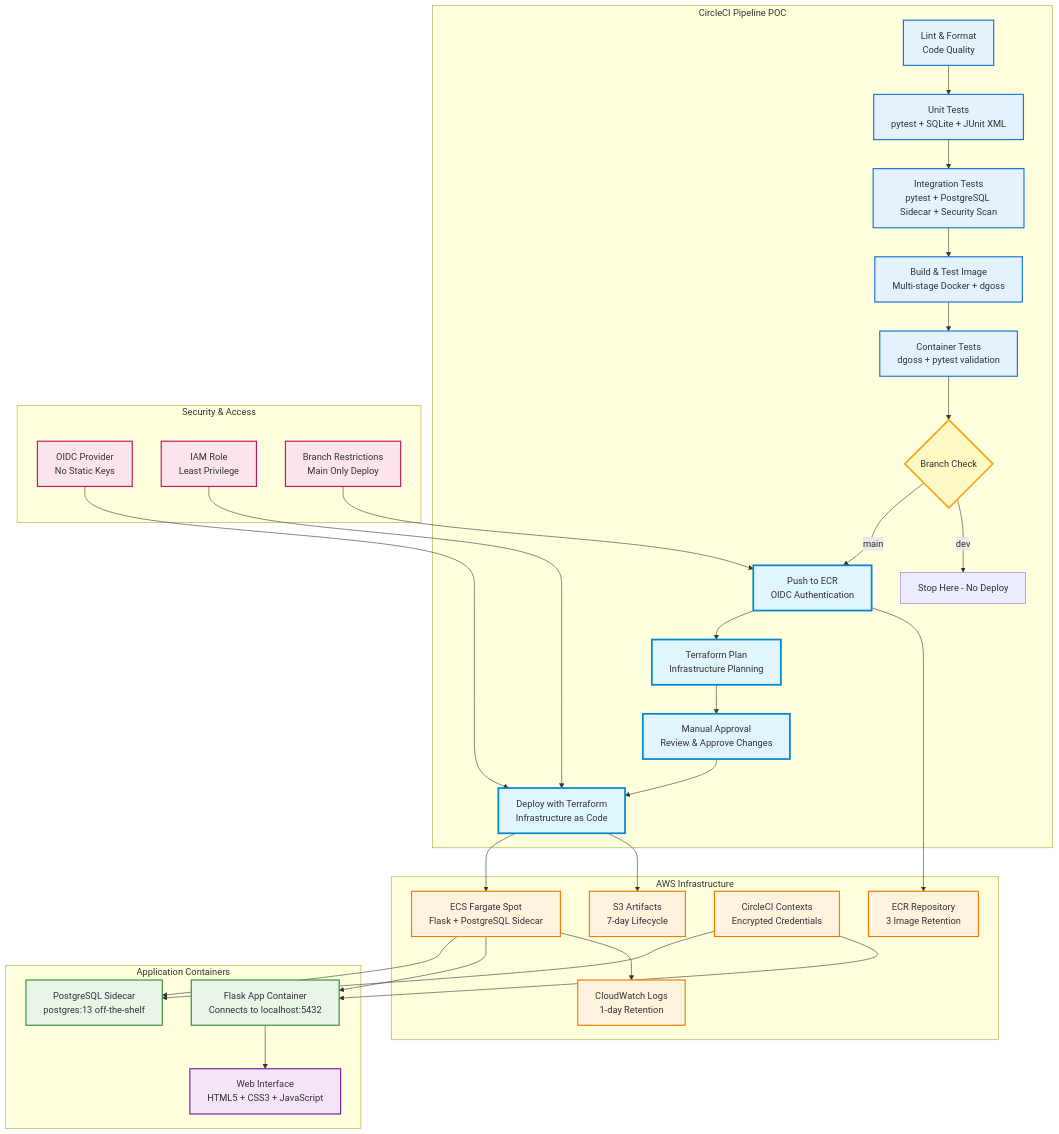
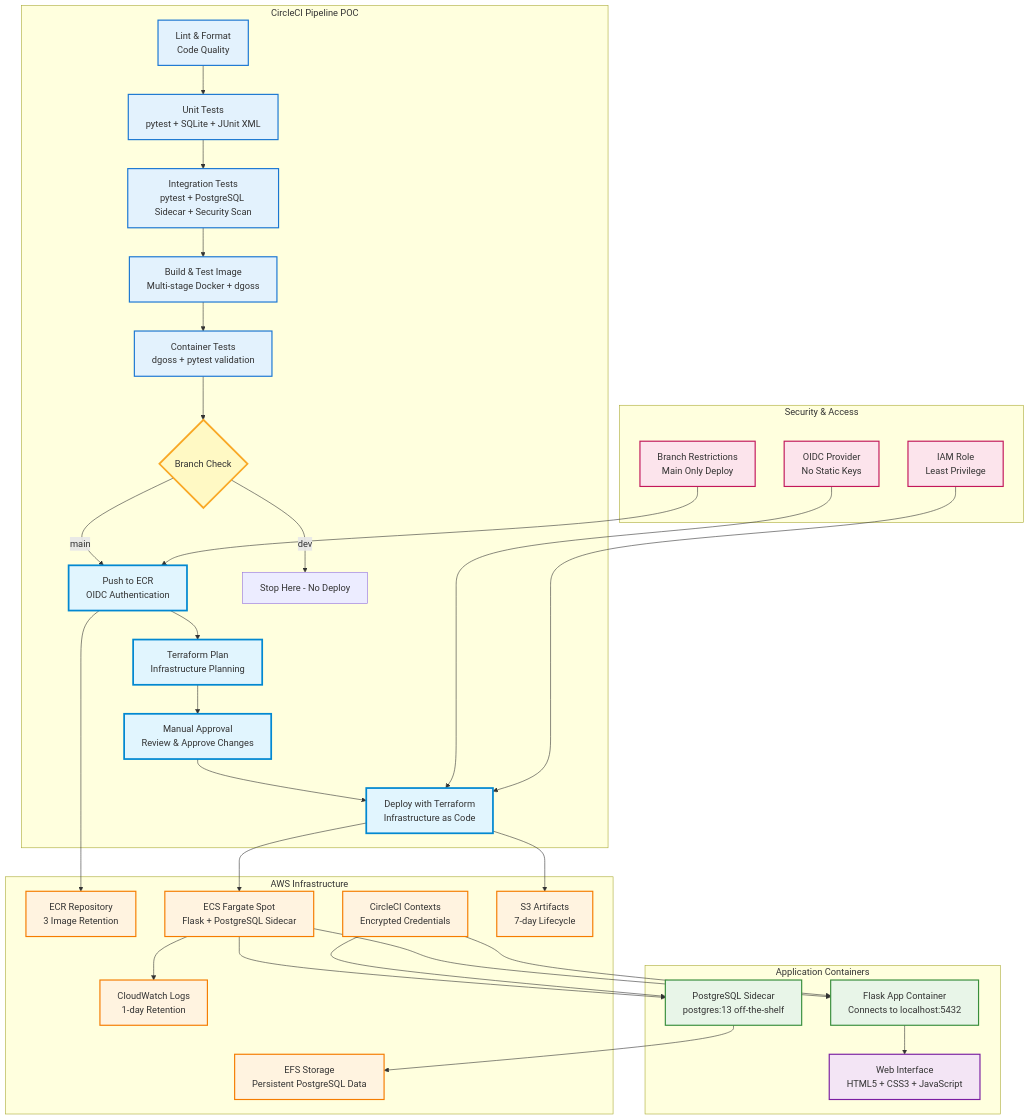
One commit to JoeStratton/circle-ci-webapp-poc changed the diagram in architecture.mermaid. Above: the diagram before and after it, drawn with Mermaid. The commit also changed 9 other files, not shown here.

```diff
--- a/architecture.mermaid
+++ b/architecture.mermaid
@@ -1,64 +1,66 @@
 graph TB    
     subgraph "CircleCI Pipeline POC"
         F[Lint & Format<br/>Code Quality] --> G[Unit Tests<br/>pytest + SQLite + JUnit XML]
         G --> H[Integration Tests<br/>pytest + PostgreSQL Sidecar + Security Scan]
         H --> I[Build & Test Image<br/>Multi-stage Docker + dgoss]
         I --> J[Container Tests<br/>dgoss + pytest validation]
         J --> K{Branch Check}
         K -->|main| N[Push to ECR<br/>OIDC Authentication]
         K -->|dev| M[Stop Here - No Deploy]
         N --> P[Terraform Plan<br/>Infrastructure Planning]
         P --> Q[Manual Approval<br/>Review & Approve Changes]
         Q --> R[Deploy with Terraform<br/>Infrastructure as Code]
     end
     
     subgraph "AWS Infrastructure"
         S[ECR Repository<br/>3 Image Retention]
         T[ECS Fargate Spot<br/>Flask + PostgreSQL Sidecar]
         U[CircleCI Contexts<br/>Encrypted Credentials]
         V[S3 Artifacts<br/>7-day Lifecycle]
         W[CloudWatch Logs<br/>1-day Retention]
+        X[EFS Storage<br/>Persistent PostgreSQL Data]
     end
     
     subgraph "Application Containers"
-        X[PostgreSQL Sidecar<br/>postgres:13 off-the-shelf]
-        Y[Flask App Container<br/>Connects to localhost:5432]
-        Z[Web Interface<br/>HTML5 + CSS3 + JavaScript]
+        AA[PostgreSQL Sidecar<br/>postgres:13 off-the-shelf]
+        BB[Flask App Container<br/>Connects to localhost:5432]
+        CC[Web Interface<br/>HTML5 + CSS3 + JavaScript]
     end
     
     subgraph "Security & Access"
-        AA[OIDC Provider<br/>No Static Keys]
-        BB[IAM Role<br/>Least Privilege]
-        CC[Branch Restrictions<br/>Main Only Deploy]
+        DD[OIDC Provider<br/>No Static Keys]
+        EE[IAM Role<br/>Least Privilege]
+        FF[Branch Restrictions<br/>Main Only Deploy]
     end
     
     %% Connections
     N --> S
     R --> T
-    T --> X
-    T --> Y
-    Y --> Z
-    U --> X
-    U --> Y
+    T --> AA
+    T --> BB
+    BB --> CC
+    AA --> X
+    U --> AA
+    U --> BB
     R --> V
     T --> W
-    AA --> R
-    BB --> R
-    CC --> N
+    DD --> R
+    EE --> R
+    FF --> N
     
     %% Styling
     classDef pipeline fill:#e3f2fd,stroke:#1976d2,stroke-width:2px
     classDef aws fill:#fff3e0,stroke:#f57c00,stroke-width:2px
     classDef application fill:#e8f5e8,stroke:#388e3c,stroke-width:2px
     classDef security fill:#fce4ec,stroke:#c2185b,stroke-width:2px
     classDef decision fill:#fff9c4,stroke:#f9a825,stroke-width:3px
     classDef deploy fill:#e1f5fe,stroke:#0288d1,stroke-width:3px
     classDef web fill:#f3e5f5,stroke:#7b1fa2,stroke-width:2px
     
     class F,G,H,I,J pipeline
-    class S,T,U,V,W aws
-    class X,Y application
-    class Z web
-    class AA,BB,CC security
+    class S,T,U,V,W,X aws
+    class AA,BB application
+    class CC web
+    class DD,EE,FF security
     class K decision
     class N,P,Q,R deploy
```
